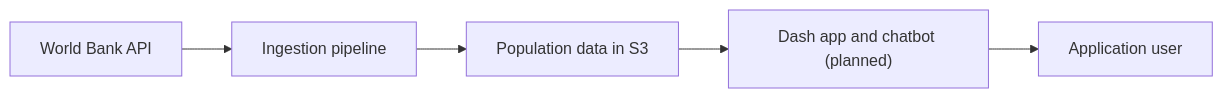
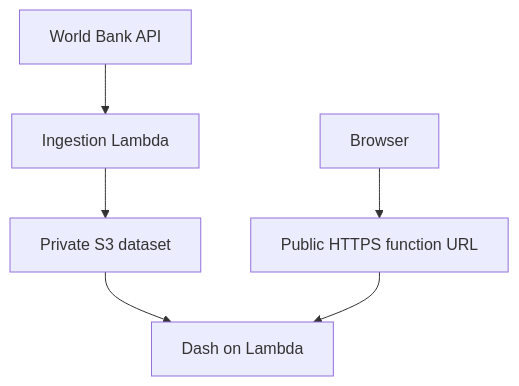
Before and after one commit to Seif-Wessam/world-population-interactive-visualisation: the diagram in README.md, drawn with Mermaid. The commit also changed other lines of this file and 15 other files, not shown here.

Commit message:
updatre the readmes and the deployment of the dash app, with better css styling

````diff
--- a/README.md
+++ b/README.md
@@ -33,7 +24,8 @@
 ```mermaid
-flowchart LR
-    WB["World Bank API"] --> ING["Ingestion pipeline"]
-    ING --> S3["Population data in S3"]
-    S3 --> APP["Dash app and chatbot (planned)"]
-    APP --> USER["Application user"]
+flowchart TD
+    API["World Bank API"] --> Ingest["Ingestion Lambda"]
+    Ingest --> S3["Private S3 dataset"]
+    S3 --> Dash["Dash on Lambda"]
+    Browser["Browser"] --> URL["Public HTTPS function URL"]
+    URL --> Dash
 ```
````
